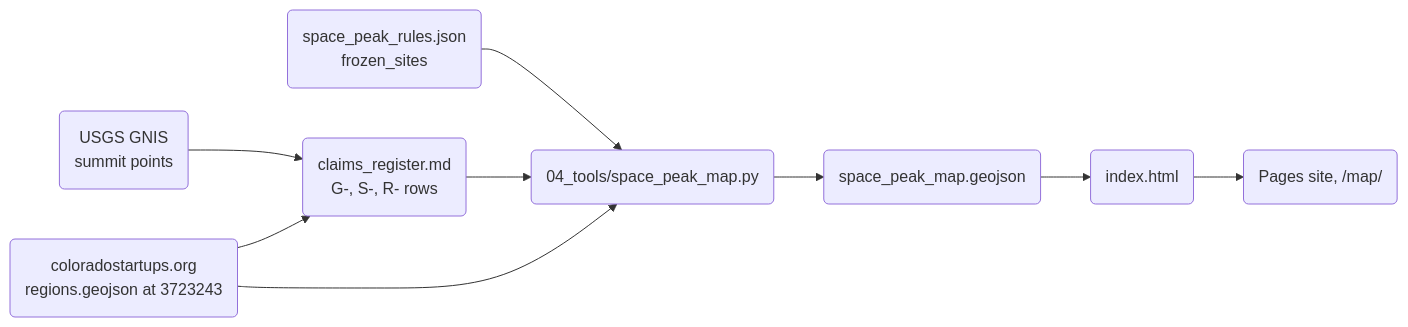
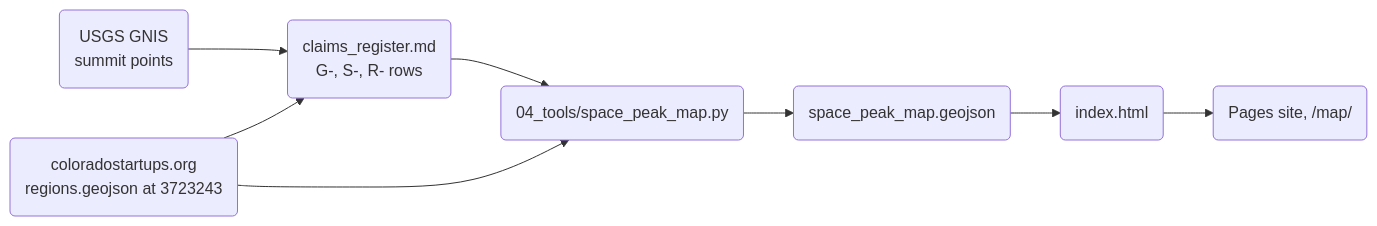
Before and after one commit to Colorado-Startups/space-peak: the diagram in 03_deliverables/map/README.md, drawn with Mermaid. The commit also changed other lines of this file and 33 other files, not shown here.

````diff
--- a/03_deliverables/map/README.md
+++ b/03_deliverables/map/README.md
@@ -5,10 +5,9 @@
 ```mermaid
 flowchart LR
   G("USGS GNIS<br/>summit points") --> REG("claims_register.md<br/>G-, S-, R- rows")
   W("coloradostartups.org<br/>regions.geojson at 3723243") --> REG
-  RULES("space_peak_rules.json<br/>frozen_sites") --> B
   REG --> B("04_tools/space_peak_map.py")
   W --> B
   B --> D("space_peak_map.geojson") --> P("index.html")
   P --> PAGES("Pages site, /map/")
 ```
````
